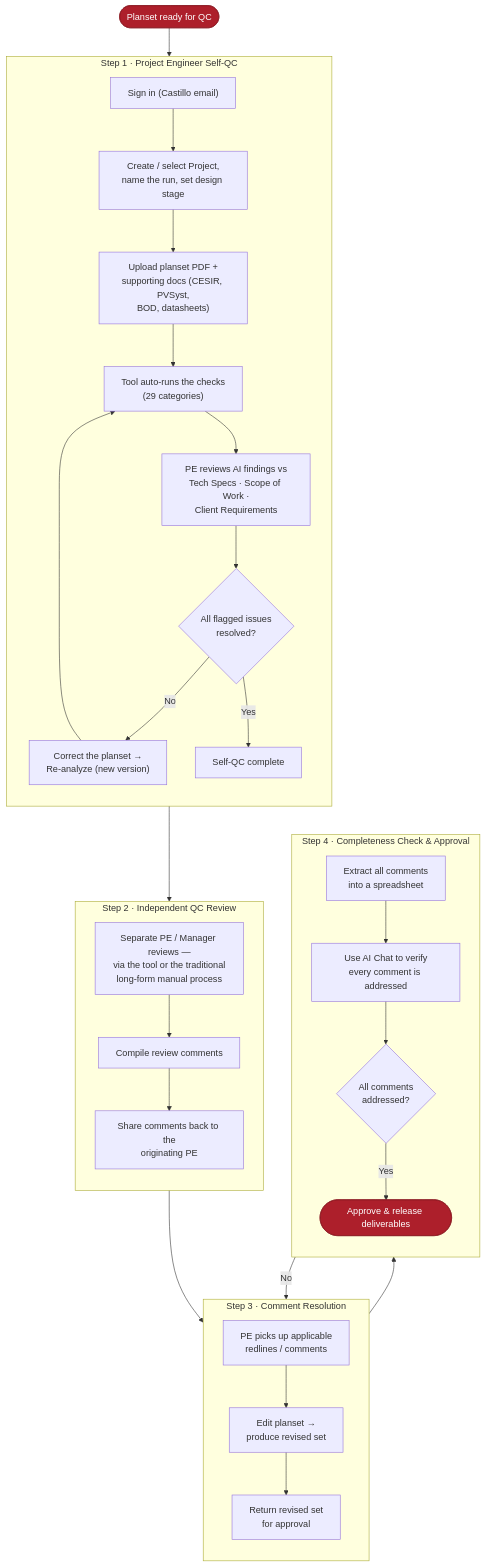
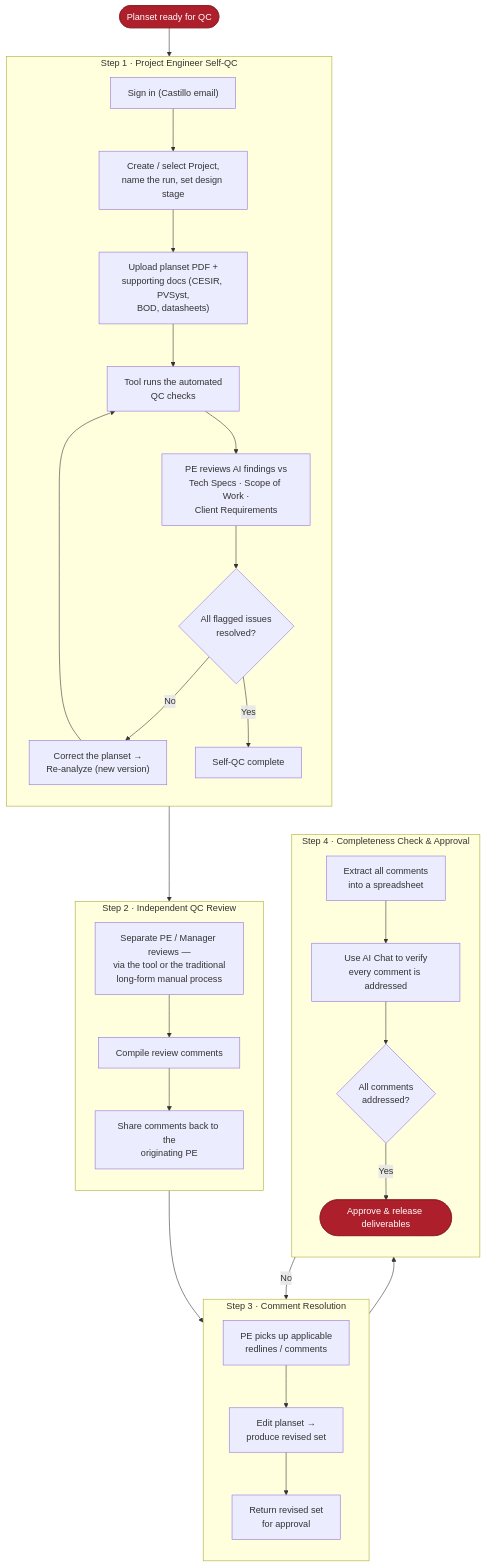
The diagram in USER_GUIDE.md (jayasurya23/planset-qc-app), drawn with Mermaid before and after one commit. The commit also changed other lines of this file, not shown here.

````diff
--- a/USER_GUIDE.md
+++ b/USER_GUIDE.md
@@ -32,41 +27,41 @@
 ```mermaid
 flowchart TD
     Start([Planset ready for QC]):::ev --> S1
 
     subgraph S1["Step 1 · Project Engineer Self-QC"]
         direction TB
         A1["Sign in (Castillo email)"] --> A2["Create / select Project,<br/>name the run, set design stage"]
         A2 --> A3["Upload planset PDF +<br/>supporting docs (CESIR, PVSyst,<br/>BOD, datasheets)"]
-        A3 --> A4["Tool auto-runs the checks<br/>(29 categories)"]
+        A3 --> A4["Tool runs the automated<br/>QC checks"]
         A4 --> A5["PE reviews AI findings vs<br/>Tech Specs · Scope of Work ·<br/>Client Requirements"]
         A5 --> A6{"All flagged issues<br/>resolved?"}
         A6 -- No --> A7["Correct the planset →<br/>Re-analyze (new version)"]
         A7 --> A4
         A6 -- Yes --> A8["Self-QC complete"]
     end
 
     S1 --> S2
     subgraph S2["Step 2 · Independent QC Review"]
         direction TB
         B1["Separate PE / Manager reviews —<br/>via the tool or the traditional<br/>long-form manual process"] --> B2["Compile review comments"]
         B2 --> B3["Share comments back to the<br/>originating PE"]
     end
 
     S2 --> S3
     subgraph S3["Step 3 · Comment Resolution"]
         direction TB
         C1["PE picks up applicable<br/>redlines / comments"] --> C2["Edit planset →<br/>produce revised set"]
         C2 --> C3["Return revised set<br/>for approval"]
     end
 
     S3 --> S4
     subgraph S4["Step 4 · Completeness Check & Approval"]
         direction TB
         D1["Extract all comments<br/>into a spreadsheet"] --> D2["Use AI Chat to verify<br/>every comment is addressed"]
         D2 --> D3{"All comments<br/>addressed?"}
         D3 -- No --> C1
         D3 -- Yes --> Done([Approve & release deliverables]):::ev
     end
 
     classDef ev fill:#ad1f2b,color:#fff,stroke:#8b1922;
 ```
````
